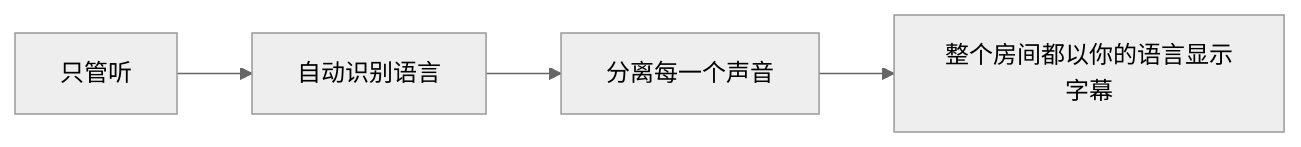
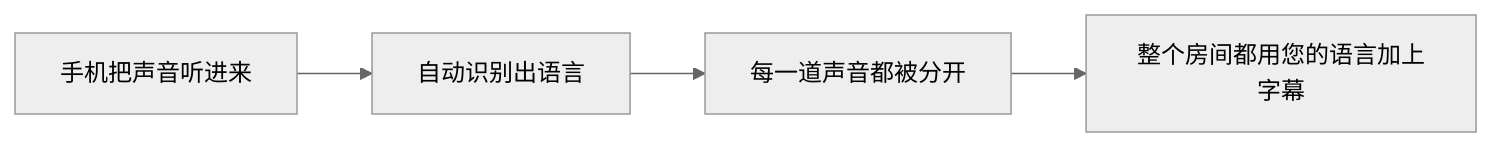
Before and after one commit to rpalm01-star/VigilantEarLegal: the first of 4 diagrams in README_zh-Hans.md, drawn with Mermaid (neutral theme). The commit also changed other lines of this file and 14 other files, not shown here.

````diff
--- a/README_zh-Hans.md
+++ b/README_zh-Hans.md
@@ -73,4 +89,4 @@
 ```mermaid
 graph LR
-    A["只管听"] --> B["自动识别语言"] --> C["分离每一个声音"] --> D["整个房间都以你的语言显示字幕"]
+    A["手机把声音听进来"] --> B["自动识别出语言"] --> C["每一道声音都被分开"] --> D["整个房间都用您的语言加上字幕"]
 ```
````
